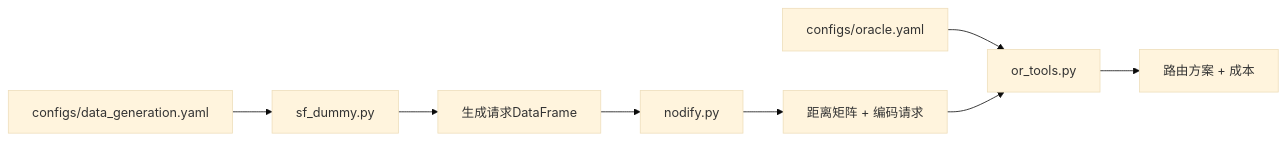
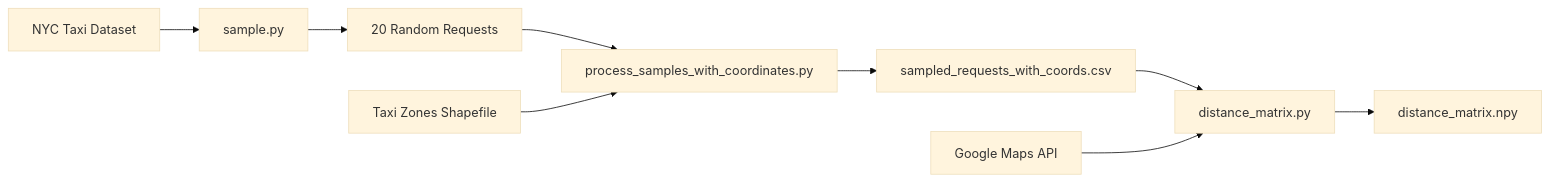
Before and after one commit to zihaozhaoo/Agentic-AI: the first of 4 diagrams in README.md, drawn with Mermaid (base theme). The commit also changed other lines of this file and 31 other files, not shown here.

````diff
--- a/README.md
+++ b/README.md
@@ -166,10 +186,11 @@
 ```mermaid
 graph LR
-    A[configs/data_generation.yaml] --> B[sf_dummy.py]
-    B --> C[生成请求DataFrame]
-    C --> D[nodify.py]
-    D --> E[距离矩阵 + 编码请求]
-    F[configs/oracle.yaml] --> G[or_tools.py]
-    E --> G
-    G --> H[路由方案 + 成本]
+    A[NYC Taxi Dataset] --> B[sample.py]
+    B --> C[20 Random Requests]
+    C --> D[process_samples_with_coordinates.py]
+    E[Taxi Zones Shapefile] --> D
+    D --> F[sampled_requests_with_coords.csv]
+    F --> G[distance_matrix.py]
+    H[Google Maps API] --> G
+    G --> I[distance_matrix.npy]
 ```
````
